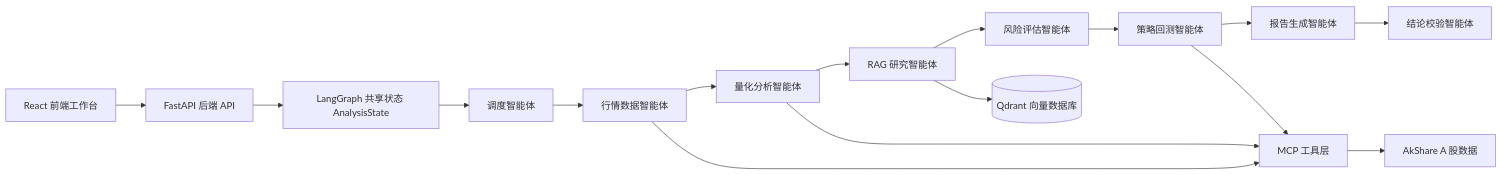
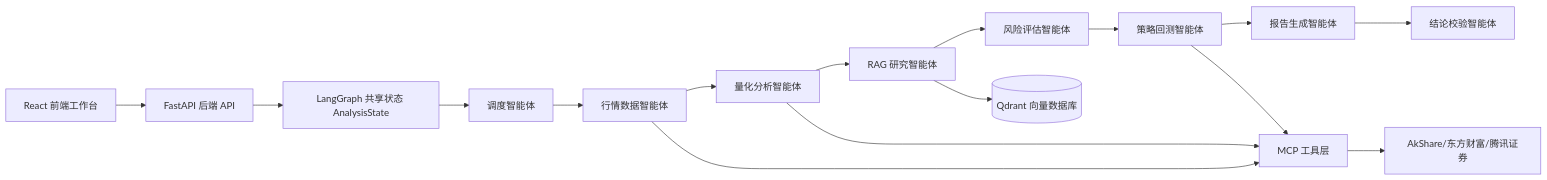
Before and after one commit to FrostWane/multi-agent-trading-system: the diagram in README.md, drawn with Mermaid. The commit also changed other lines of this file and 9 other files, not shown here.

````diff
--- a/README.md
+++ b/README.md
@@ -15,18 +15,18 @@
 ```mermaid
 flowchart LR
   UI[React 前端工作台] --> API[FastAPI 后端 API]
   API --> Graph[LangGraph 共享状态 AnalysisState]
   Graph --> Supervisor[调度智能体]
   Supervisor --> Data[行情数据智能体]
   Data --> Quant[量化分析智能体]
   Quant --> Research[RAG 研究智能体]
   Research --> Risk[风险评估智能体]
   Risk --> Backtest[策略回测智能体]
   Backtest --> Report[报告生成智能体]
   Report --> Critic[结论校验智能体]
   Data --> MCP[MCP 工具层]
   Quant --> MCP
   Backtest --> MCP
   Research --> Qdrant[(Qdrant 向量数据库)]
-  MCP --> AkShare[AkShare A 股数据]
+  MCP --> AkShare[AkShare/东方财富/腾讯证券]
 ```
````
